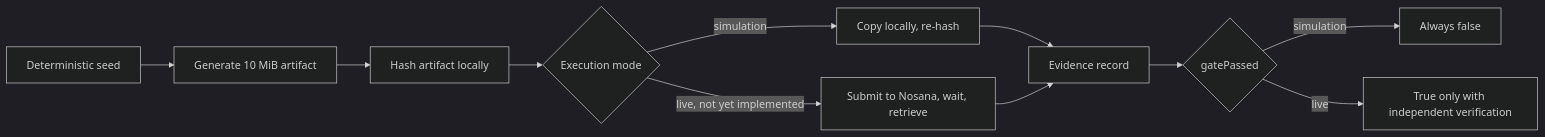
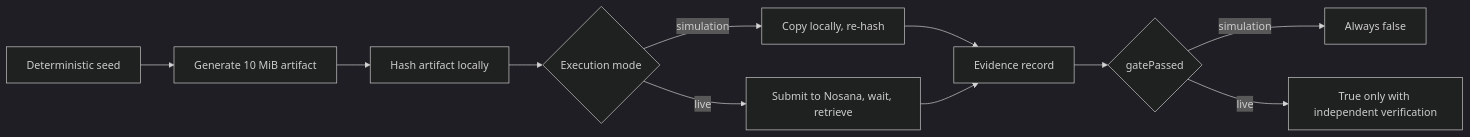
The diagram in README.md (apsarthsumit/nosana-adapter-foundry), drawn with Mermaid (dark theme) before and after one commit. The commit also changed other lines of this file and 9 other files, not shown here.

````diff
--- a/README.md
+++ b/README.md
@@ -74,13 +75,13 @@
 ```mermaid
 flowchart LR
     A[Deterministic seed] --> B[Generate 10 MiB artifact]
     B --> C[Hash artifact locally]
     C --> D{Execution mode}
     D -->|simulation| E[Copy locally, re-hash]
-    D -->|live, not yet implemented| F[Submit to Nosana, wait, retrieve]
+    D -->|live| F[Submit to Nosana, wait, retrieve]
     E --> G[Evidence record]
     F --> G[Evidence record]
     G --> H{gatePassed}
     H -->|simulation| I[Always false]
     H -->|live| J[True only with independent verification]
 ```
````
